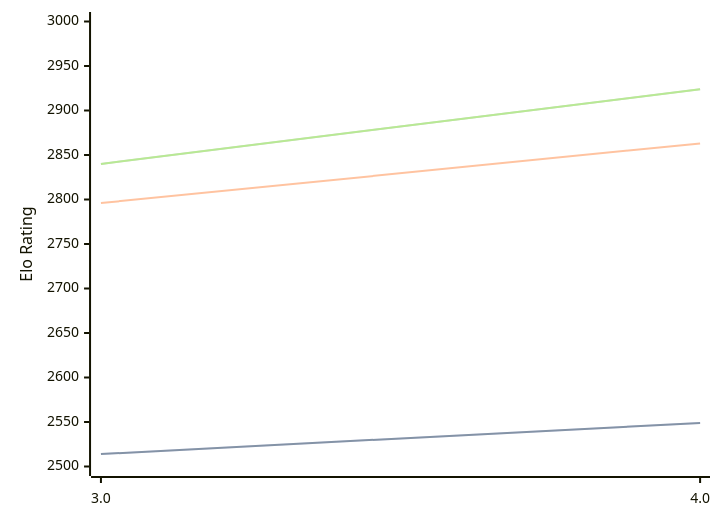
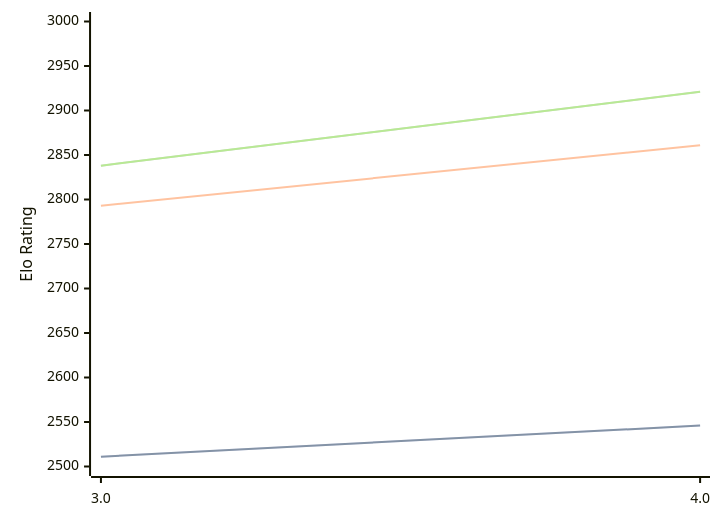
One commit to computer-chess-index/cci changed the diagram in engines/Chess3.md. Above: the diagram before and after it, drawn with Mermaid. The commit also changed other lines of this file, not shown here.

Commit message:
Update CCI Ratings (ELO VLTC) - 2026-04-23

````diff
--- a/engines/Chess3.md
+++ b/engines/Chess3.md
@@ -34,11 +34,11 @@
 ```mermaid
 %%{init: {"theme":"base","themeVariables":{"seriesColors:['#a3a3a3','#222221','#faa371']}}}%%
 xychart-beta
   x-axis ["3.0", "4.0"]
   y-axis "Elo Rating" 2500 --> 3000
-  line "STC (8.0+0.08s)" [2514, 2549]
-  line "STC (8.0+0.08s)" [2514, 2549]
-  line "LTC (60.0+0.60s)" [2796, 2863]
-  line "VLTC (2m24s+1.12s)" [2840, 2924]
-  line "VLTC (2m24s+1.12s)" [2840, 2924]
+  line "STC (8.0+0.08s)" [2511, 2546]
+  line "STC (8.0+0.08s)" [2511, 2546]
+  line "LTC (60.0+0.60s)" [2793, 2861]
+  line "VLTC (2m24s+1.12s)" [2838, 2921]
+  line "VLTC (2m24s+1.12s)" [2838, 2921]
 ```
````
